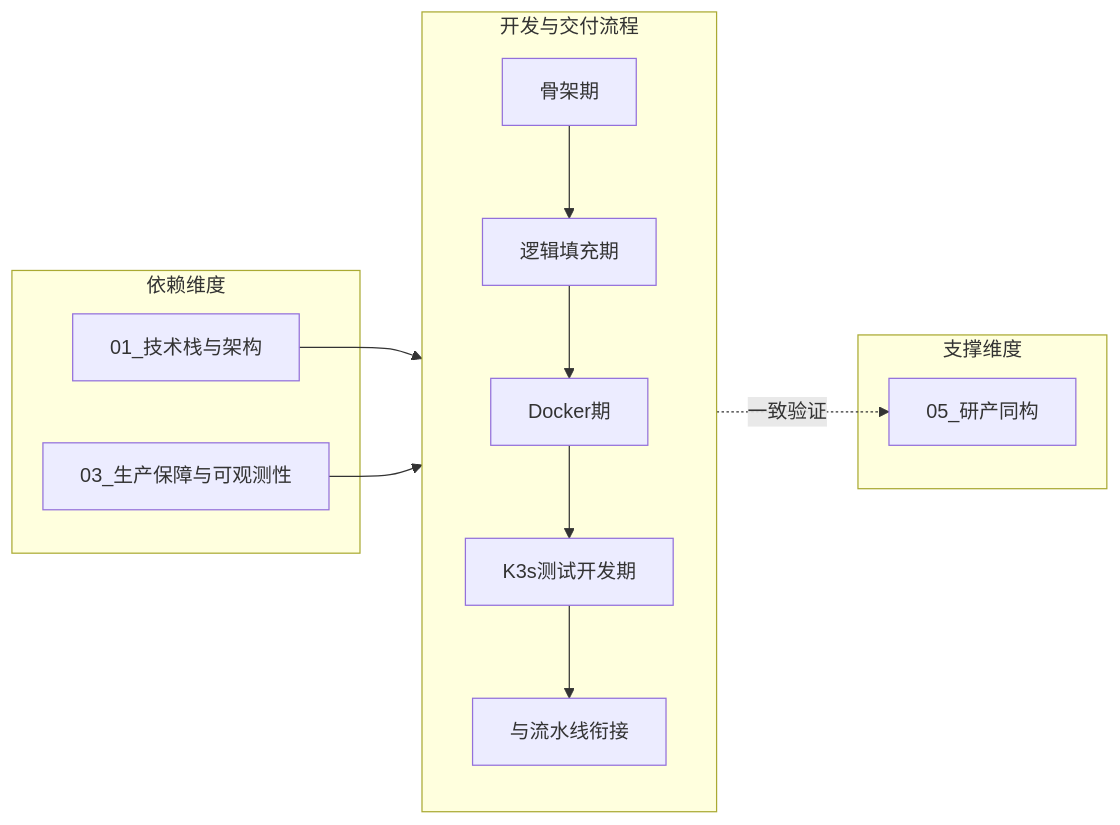
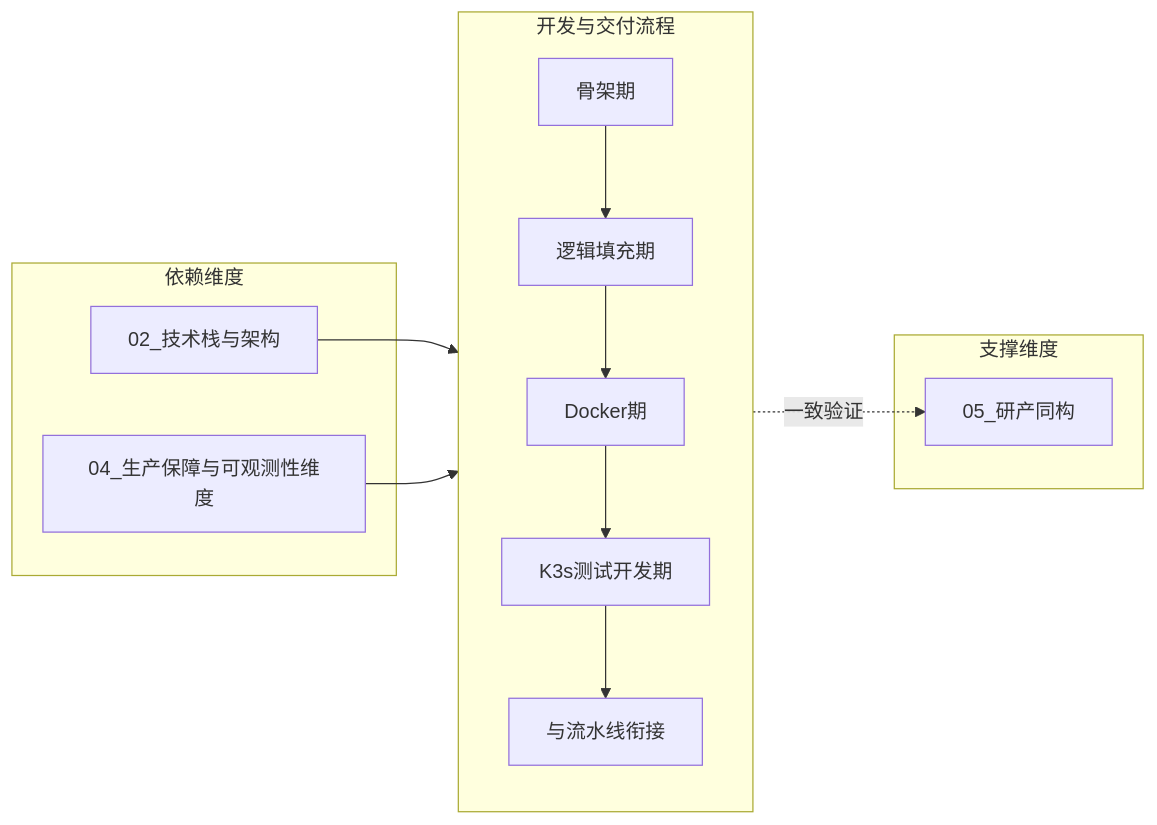
One commit to myxxhui/diting-doc changed the diagram in 02_战略维度/开发与交付/01_开发与交付流程维度.md. Above: the diagram before and after it, drawn with Mermaid. The commit also changed other lines of this file and 39 other files, not shown here.

````diff
--- a/02_战略维度/开发与交付/01_开发与交付流程维度.md
+++ b/02_战略维度/开发与交付/01_开发与交付流程维度.md
@@ -39,21 +39,21 @@
 ```mermaid
 flowchart LR
   subgraph 依赖["依赖维度"]
-    D1[01_技术栈与架构]
-    D3[03_生产保障与可观测性]
+    D1[02_技术栈与架构]
+    D3[04_生产保障与可观测性维度]
   end
   subgraph 本维度["开发与交付流程"]
     Dev[骨架期]
     Logic[逻辑填充期]
     Docker[Docker期]
     K3s[K3s测试开发期]
     Pipeline[与流水线衔接]
   end
   subgraph 支撑["支撑维度"]
     D5[05_研产同构]
   end
   D1 --> 本维度
   D3 --> 本维度
   Dev --> Logic --> Docker --> K3s --> Pipeline
   本维度 -.->|一致验证| D5
 ```
````
